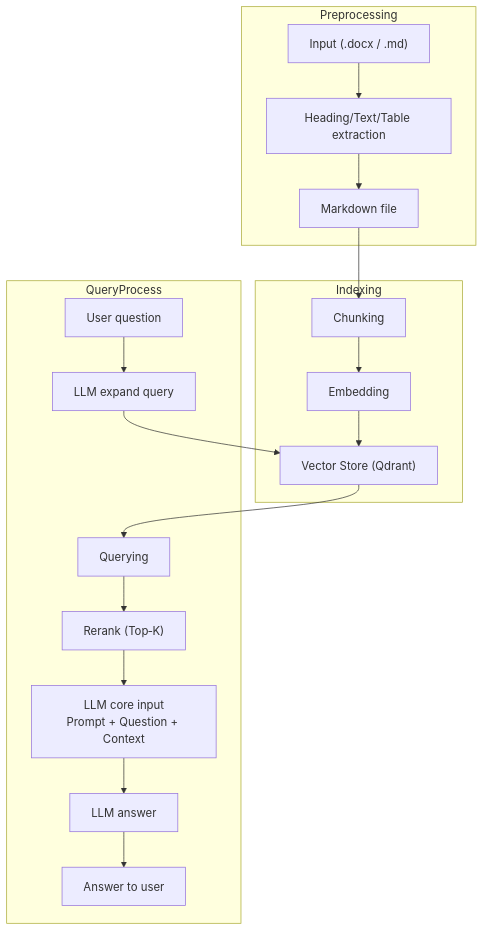
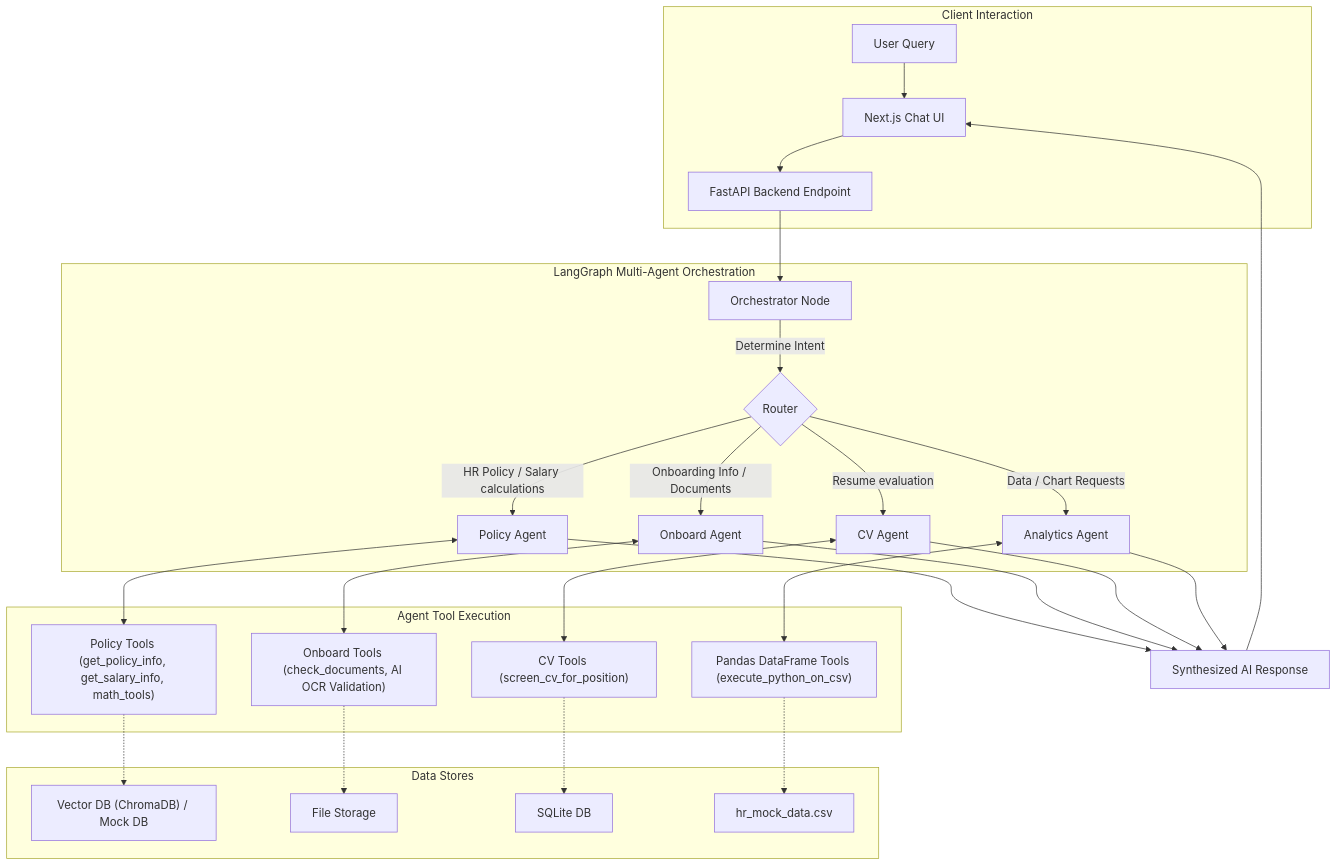
The second of 2 diagrams in README.md (KhanhKH069/Legal-AI-Assistant), drawn with Mermaid before and after one commit. The commit also changed other lines of this file, not shown here.

````diff
--- a/README.md
+++ b/README.md
@@ -172,21 +145,38 @@
 ```mermaid
 flowchart TD
-    subgraph Preprocessing
-        A["Input (.docx / .md)"] --> B["Heading/Text/Table extraction"]
-        B --> C["Markdown file"]
+    subgraph Client Interaction
+        U["User Query"] --> F["Next.js Chat UI"]
+        F --> B["FastAPI Backend Endpoint"]
     end
-    subgraph Indexing
-        C --> D[Chunking]
-        D --> E[Embedding]
-        E --> F["Vector Store (Qdrant)"]
+
+    subgraph LangGraph Multi-Agent Orchestration
+        B --> O["Orchestrator Node"]
+        O --> |Determine Intent| R{"Router"}
+
+        R -->|HR Policy / Salary calculations| PA["Policy Agent"]
+        R -->|Onboarding Info / Documents| OA["Onboard Agent"]
+        R -->|Resume evaluation| CA["CV Agent"]
+        R -->|Data / Chart Requests| AA["Analytics Agent"]
     end
-    subgraph QueryProcess
-        U["User question"] --> V["LLM expand query"]
-        V --> F
-        F --> W[Querying]
-        W --> X["Rerank (Top‑K)"]
-        X --> Y["LLM core input<br/>Prompt + Question + Context"]
-        Y --> Z["LLM answer"]
-        Z --> A1["Answer to user"]
+
+    subgraph Agent Tool Execution
+        PA <--> PTools["Policy Tools (get_policy_info, get_salary_info, math_tools)"]
+        OA <--> OTools["Onboard Tools (check_documents, AI OCR Validation)"]
+        CA <--> CTools["CV Tools (screen_cv_for_position)"]
+        AA <--> ATools["Pandas DataFrame Tools (execute_python_on_csv)"]
     end
+
+    subgraph Data Stores
+        PTools -.-> V["Vector DB (ChromaDB) / Mock DB"]
+        OTools -.-> S["File Storage"]
+        CTools -.-> DB["SQLite DB"]
+        ATools -.-> CSV["hr_mock_data.csv"]
+    end
+
+    PA --> Final["Synthesized AI Response"]
+    OA --> Final
+    CA --> Final
+    AA --> Final
+
+    Final --> F
 ```
````
